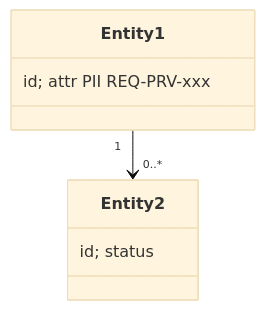
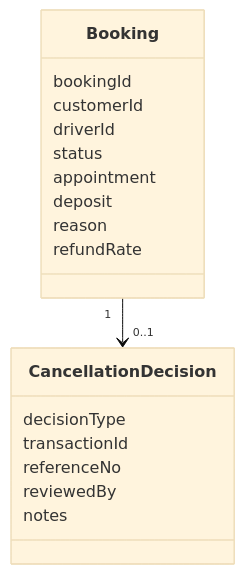
Before and after one commit to Javellolion/Khonyaai-Baan1: the second of 4 diagrams in specs/002-feature/models.md, drawn with Mermaid (base theme). The commit also changed other lines of this file and 17 other files, not shown here.

````diff
--- a/specs/002-feature/models.md
+++ b/specs/002-feature/models.md
@@ -17,6 +17,23 @@
 ```mermaid
 classDiagram
-  class Entity1 { id; attr PII REQ-PRV-xxx }
-  class Entity2 { id; status }
-  Entity1 "1" --> "0..*" Entity2
+  class Booking {
+    bookingId
+    customerId
+    driverId
+    status
+    appointment
+    deposit
+    reason
+    refundRate
+  }
+
+  class CancellationDecision {
+    decisionType
+    transactionId
+    referenceNo
+    reviewedBy
+    notes
+  }
+
+  Booking "1" --> "0..1" CancellationDecision
 ```
````
